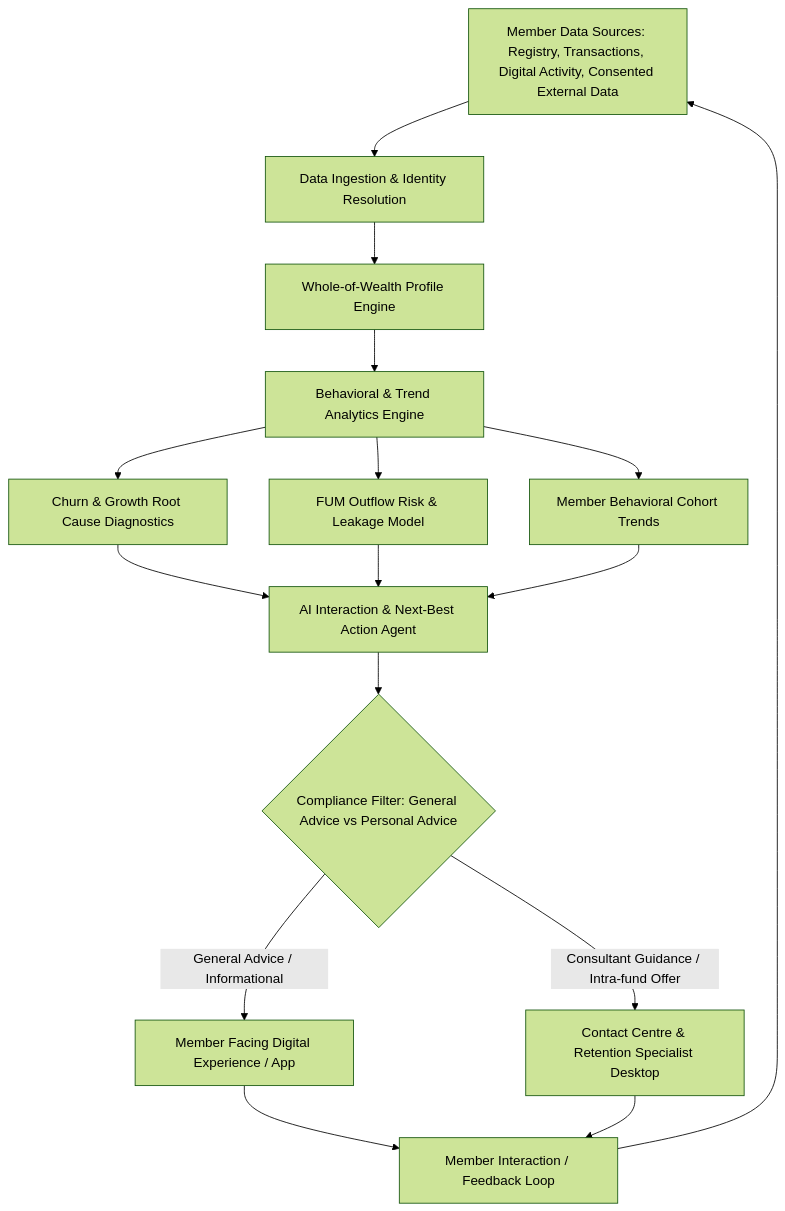
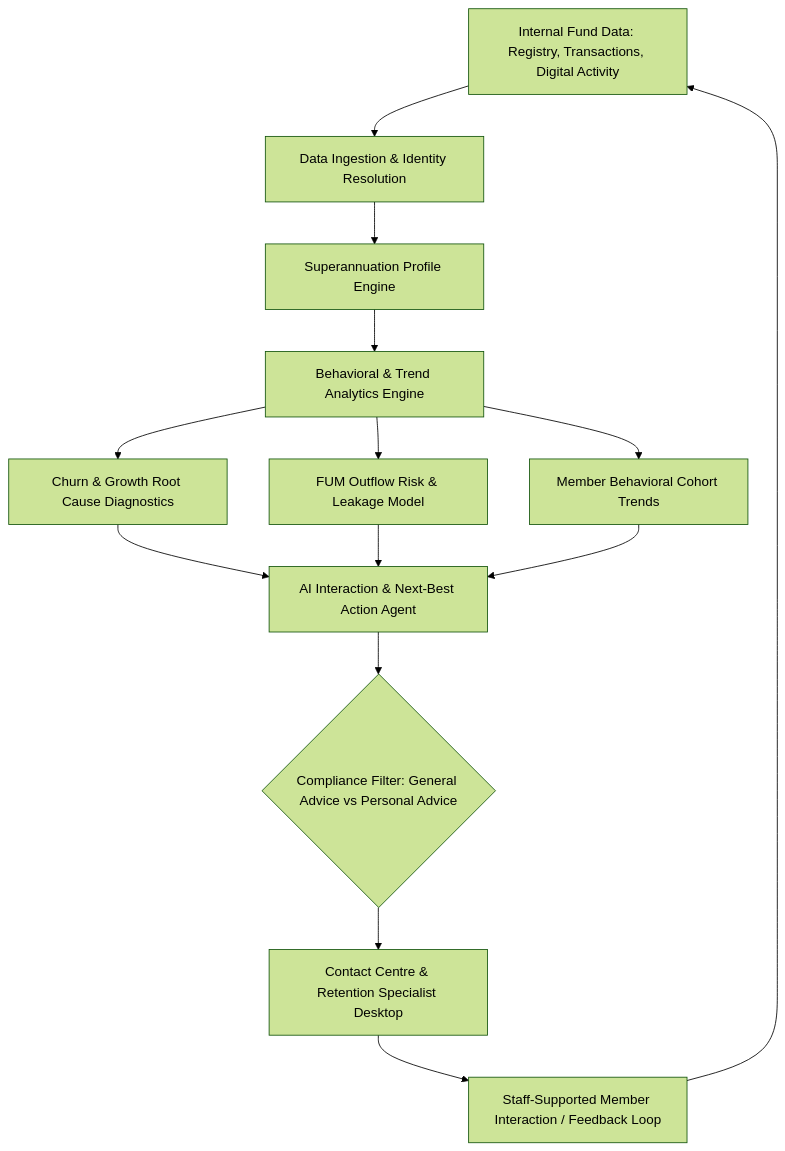
Before and after one commit to pw-ms-collaboration/ai-governance-harness: the diagram in docs/project-planning/member-wealth-insights-agent-brd.md, drawn with Mermaid (forest theme). The commit also changed other lines of this file and 1 other file, not shown here.

Commit message:
feat(brd): enhance Business Requirements Document with detailed member engagement metrics and retention strategies

````diff
--- a/docs/project-planning/member-wealth-insights-agent-brd.md
+++ b/docs/project-planning/member-wealth-insights-agent-brd.md
@@ -228,15 +229,14 @@
 ```mermaid
 flowchart TD
-    A[Member Data Sources: Registry, Transactions, Digital Activity, Consented External Data] --> B[Data Ingestion & Identity Resolution]
-    B --> C[Whole-of-Wealth Profile Engine]
+    A[Internal Fund Data: Registry, Transactions, Digital Activity] --> B[Data Ingestion & Identity Resolution]
+    B --> C[Superannuation Profile Engine]
     C --> D[Behavioral & Trend Analytics Engine]
     D --> E1[Churn & Growth Root Cause Diagnostics]
     D --> E2[FUM Outflow Risk & Leakage Model]
     D --> E3[Member Behavioral Cohort Trends]
     E1 & E2 & E3 --> F[AI Interaction & Next-Best Action Agent]
     F --> G{Compliance Filter: General Advice vs Personal Advice}
-    G -->|General Advice / Informational| H[Member Facing Digital Experience / App]
-    G -->|Consultant Guidance / Intra-fund Offer| I[Contact Centre & Retention Specialist Desktop]
-    H & I --> J[Member Interaction / Feedback Loop]
+    G --> I[Contact Centre & Retention Specialist Desktop]
+    I --> J[Staff-Supported Member Interaction / Feedback Loop]
     J --> A
 ```
````
